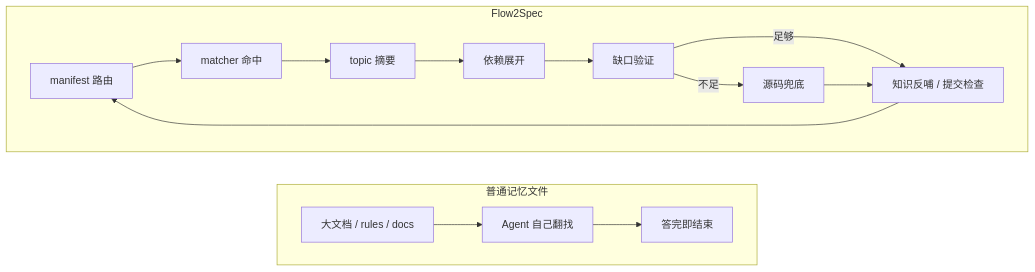
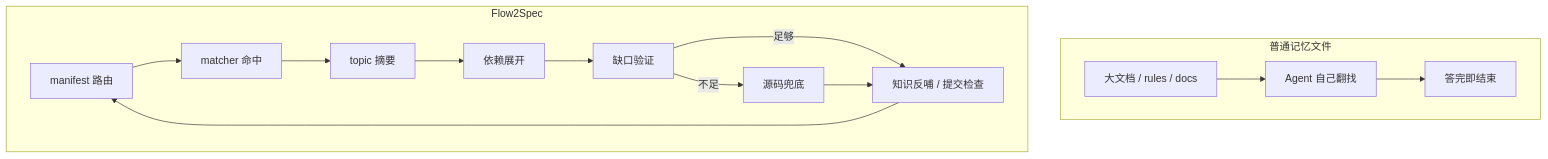
One commit to Lands-1203/Flow2Spec changed the third of 3 diagrams in docs/Flow2Spec基础介绍.md. Above: the diagram before and after it, drawn with Mermaid.

````diff
--- a/docs/Flow2Spec基础介绍.md
+++ b/docs/Flow2Spec基础介绍.md
@@ -454,27 +454,27 @@
 ```mermaid
-flowchart LR
+flowchart TB
   subgraph L[普通记忆文件]
     direction LR
     L1[大文档 / rules / docs]
     L2[Agent 自己翻找]
     L3[答完即结束]
     L1 --> L2 --> L3
   end
 
   subgraph R[Flow2Spec]
     direction LR
     R1[manifest 路由]
     R2[matcher 命中]
     R3[topic 摘要]
     R4[依赖展开]
     R5[缺口验证]
     R6[源码兜底]
     R7[知识反哺 / 提交检查]
     R1 --> R2 --> R3 --> R4 --> R5
     R5 -->|足够| R7
     R5 -->|不足| R6 --> R7
     R7 --> R1
   end
 
 
 ```
````
